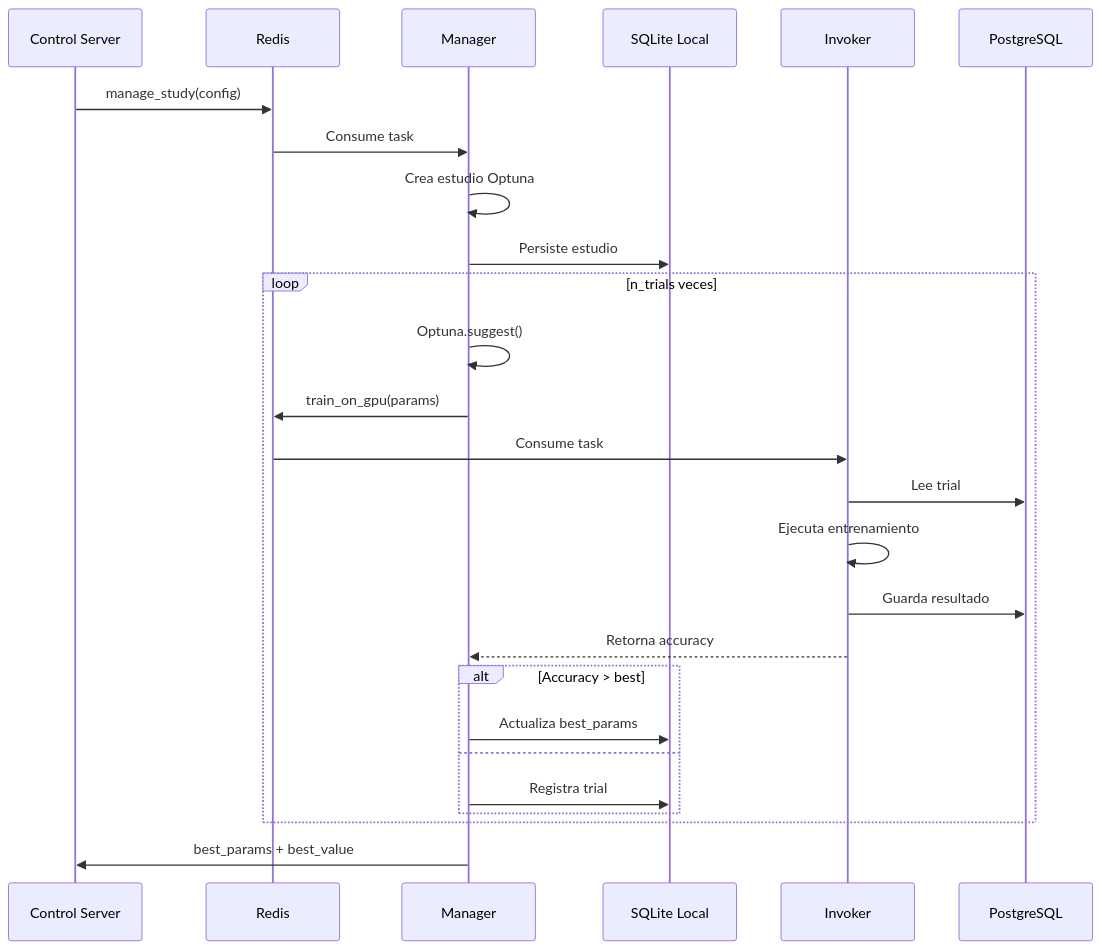
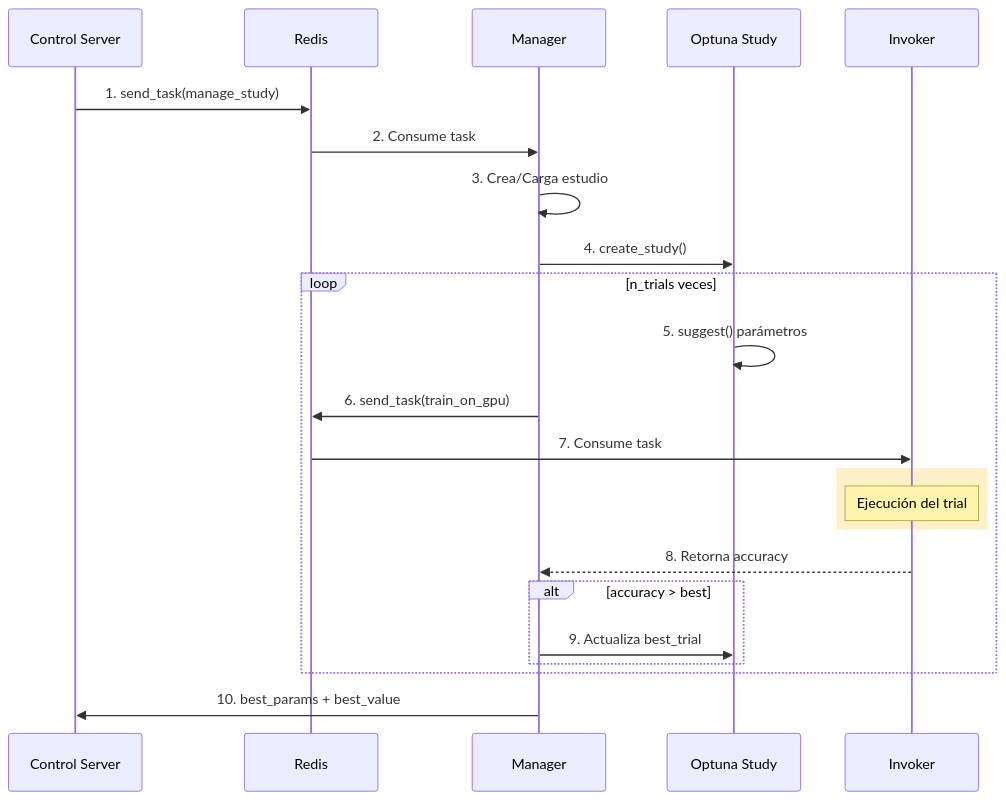
One commit to wisrovi/wyoloservice2_manager changed the second of 3 diagrams in README.md. Above: the diagram before and after it, drawn with Mermaid. The commit also changed other lines of this file, not shown here.

Commit message:
docs: Update README with architecture diagrams (walkthrough, workflow, components, lifecycle, files)

````diff
--- a/README.md
+++ b/README.md
@@ -54,32 +58,32 @@
 ```mermaid
 sequenceDiagram
     participant API as Control Server
     participant Q as Redis
     participant M as Manager
-    participant DB as SQLite Local
-    participant W as Invoker
-    participant PGS as PostgreSQL
+    participant O as Optuna Study
+    participant I as Invoker
 
-    API->>Q: manage_study(config)
-    Q->>M: Consume task
-    M->>M: Crea estudio Optuna
-    M->>DB: Persiste estudio
+    API->>Q: 1. send_task(manage_study)
+    Q->>M: 2. Consume task
+    
+    M->>M: 3. Crea/Carga estudio
+    M->>O: 4. create_study()
     
     loop n_trials veces
-        M->>M: Optuna.suggest()
-        M->>Q: train_on_gpu(params)
-        Q->>W: Consume task
-        W->>PGS: Lee trial
-        W->>W: Ejecuta entrenamiento
-        W->>PGS: Guarda resultado
-        W-->>M: Retorna accuracy
+        O->>O: 5. suggest() parámetros
+        M->>Q: 6. send_task(train_on_gpu)
+        Q->>I: 7. Consume task
         
-        alt Accuracy > best
-            M->>DB: Actualiza best_params
-        else
-            M->>DB: Registra trial
+        rect rgb(255, 240, 200)
+            note over I: Ejecución del trial
+        end
+        
+        I-->>M: 8. Retorna accuracy
+        
+        alt accuracy > best
+            M->>O: 9. Actualiza best_trial
         end
     end
     
-    M->>API: best_params + best_value
+    M->>API: 10. best_params + best_value
 ```
````
